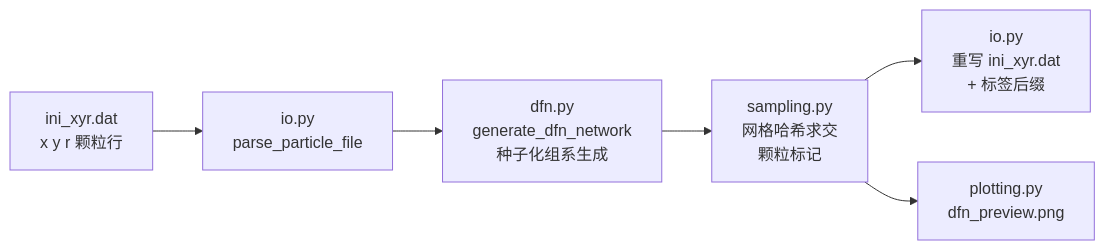
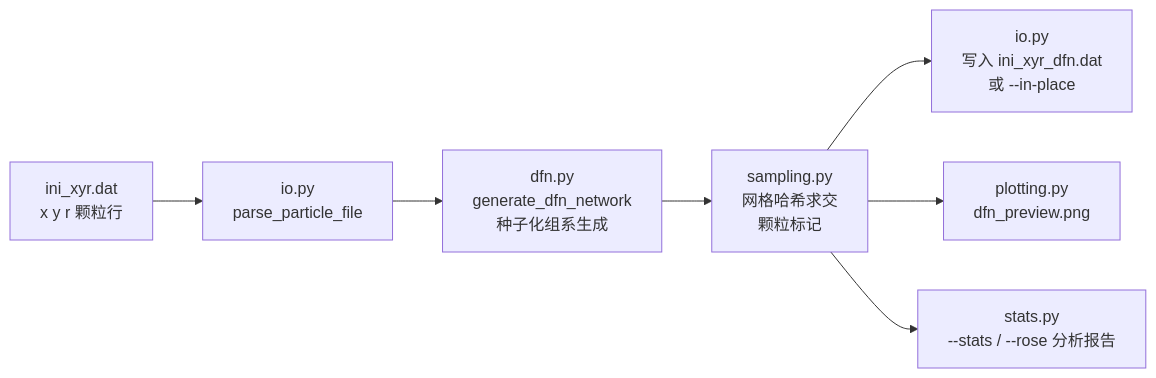
The diagram in README.zh-CN.md (Phoenix0531-sudo/ZDEM_DFN), drawn with Mermaid before and after one commit. The commit also changed other lines of this file and 3 other files, not shown here.

````diff
--- a/README.zh-CN.md
+++ b/README.zh-CN.md
@@ -97,8 +97,9 @@
 ```mermaid
 flowchart LR
     A[ini_xyr.dat<br/>x y r 颗粒行] --> B[io.py<br/>parse_particle_file]
     B --> C[dfn.py<br/>generate_dfn_network<br/>种子化组系生成]
     C --> D[sampling.py<br/>网格哈希求交<br/>颗粒标记]
-    D --> E[io.py<br/>重写 ini_xyr.dat<br/>+ 标签后缀]
+    D --> E[io.py<br/>写入 ini_xyr_dfn.dat<br/>或 --in-place]
     D --> F[plotting.py<br/>dfn_preview.png]
+    D --> G[stats.py<br/>--stats / --rose 分析报告]
 ```
````
